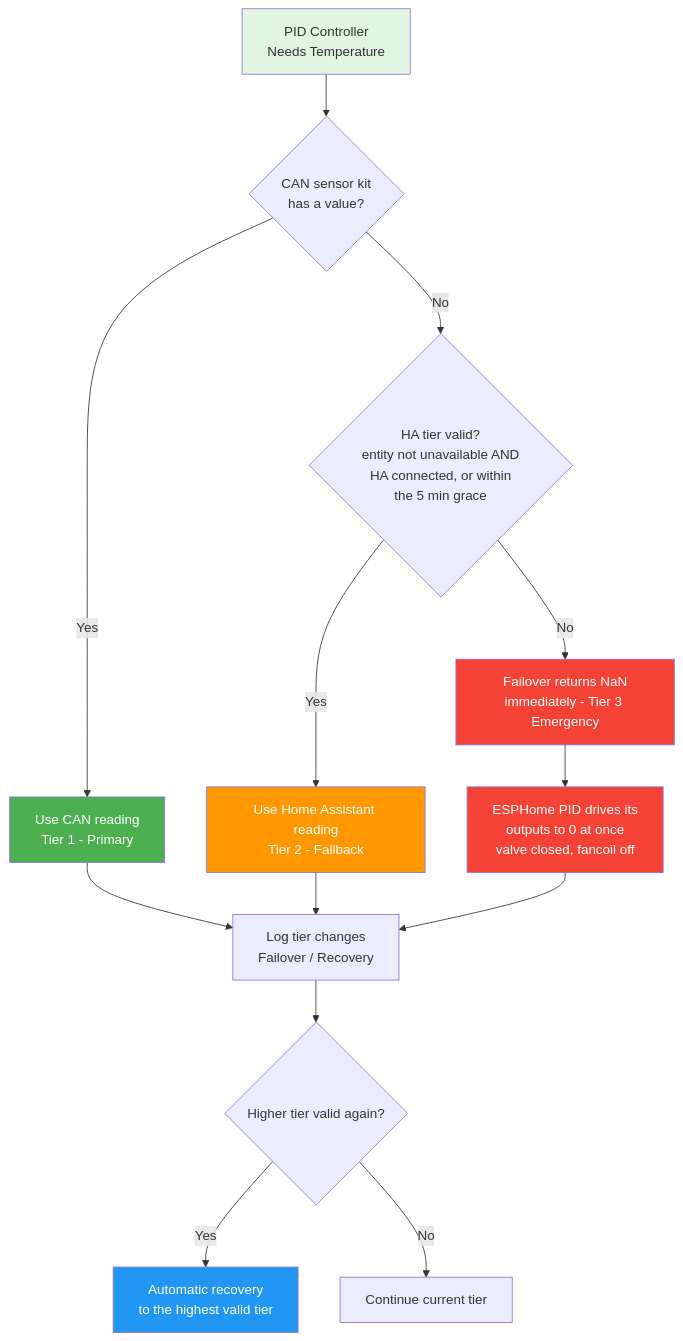
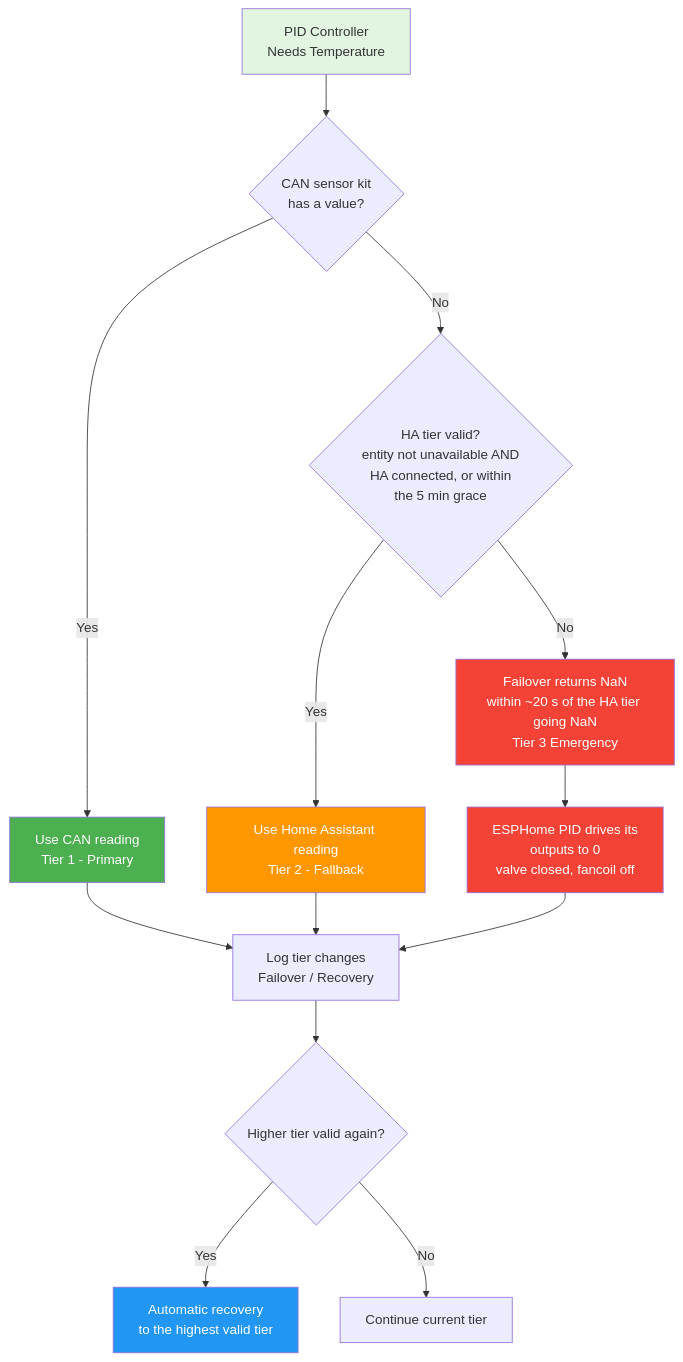
Before and after one commit to afmotta/esphome-devices: the fourth of 8 diagrams in docs/architecture/architecture-diagram.md, drawn with Mermaid. The commit also changed other lines of this file and 6 other files, not shown here.

Commit message:
docs: state the real timing and trigger of the HA-tier NaN and Emergency

````diff
--- a/docs/architecture/architecture-diagram.md
+++ b/docs/architecture/architecture-diagram.md
@@ -188,29 +188,29 @@
 ```mermaid
 graph TD
     Start[PID Controller<br/>Needs Temperature]
 
     Start --> CheckCAN{CAN sensor kit<br/>has a value?}
 
     CheckCAN -->|Yes| UseCAN[Use CAN reading<br/>Tier 1 - Primary]
     CheckCAN -->|No| CheckHA{HA tier valid?<br/>entity not unavailable AND<br/>HA connected, or within<br/>the 5 min grace}
 
     CheckHA -->|Yes| UseHA[Use Home Assistant reading<br/>Tier 2 - Fallback]
-    CheckHA -->|No| Emergency[Failover returns NaN<br/>immediately - Tier 3 Emergency]
+    CheckHA -->|No| Emergency[Failover returns NaN<br/>within ~20 s of the HA tier going NaN<br/>Tier 3 Emergency]
 
-    Emergency --> PIDZero[ESPHome PID drives its<br/>outputs to 0 at once<br/>valve closed, fancoil off]
+    Emergency --> PIDZero[ESPHome PID drives its<br/>outputs to 0<br/>valve closed, fancoil off]
 
     UseCAN --> Log[Log tier changes<br/>Failover / Recovery]
     UseHA --> Log
     PIDZero --> Log
 
     Log --> Recovery{Higher tier valid again?}
     Recovery -->|Yes| AutoRecover[Automatic recovery<br/>to the highest valid tier]
     Recovery -->|No| Continue[Continue current tier]
 
     style Start fill:#e1f5e1
     style UseCAN fill:#4caf50,color:#fff
     style UseHA fill:#ff9800,color:#fff
     style Emergency fill:#f44336,color:#fff
     style PIDZero fill:#f44336,color:#fff
     style AutoRecover fill:#2196f3,color:#fff
 ```
````
